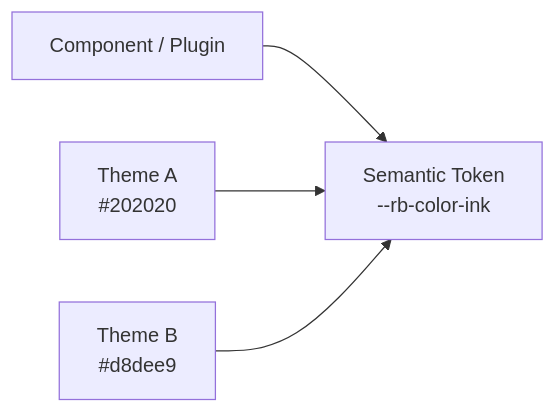
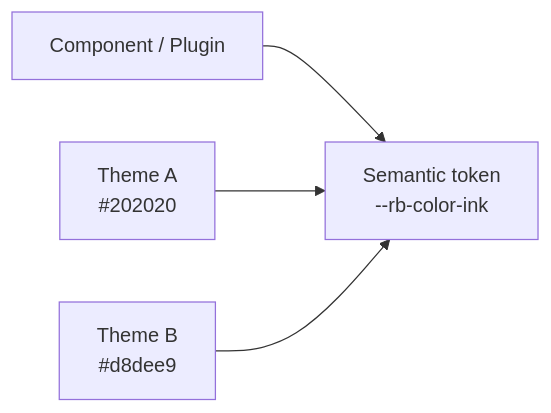
Before and after one commit to Rerurate514/riebeckite: the fourth of 10 diagrams in docs/docs/reference/theme-api.md, drawn with Mermaid. The commit also changed other lines of this file and 604 other files, not shown here.

````diff
--- a/docs/docs/reference/theme-api.md
+++ b/docs/docs/reference/theme-api.md
@@ -141,11 +178,11 @@
-```mermaid id="n1td48"
+```mermaid
 flowchart LR
     Component["Component / Plugin"]
-    Token["Semantic Token<br/>--rb-color-ink"]
+    Token["Semantic token<br/>--rb-color-ink"]
     ThemeA["Theme A<br/>#202020"]
     ThemeB["Theme B<br/>#d8dee9"]
 
     Component --> Token
     ThemeA --> Token
     ThemeB --> Token
 ```
````
